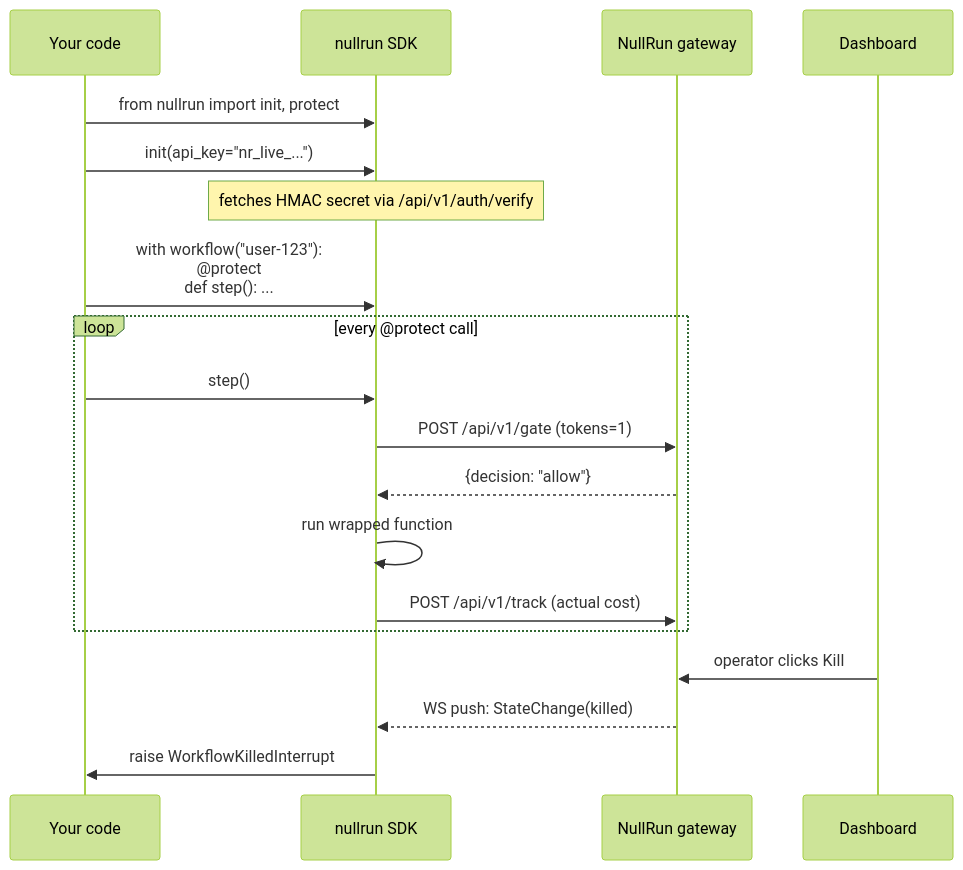
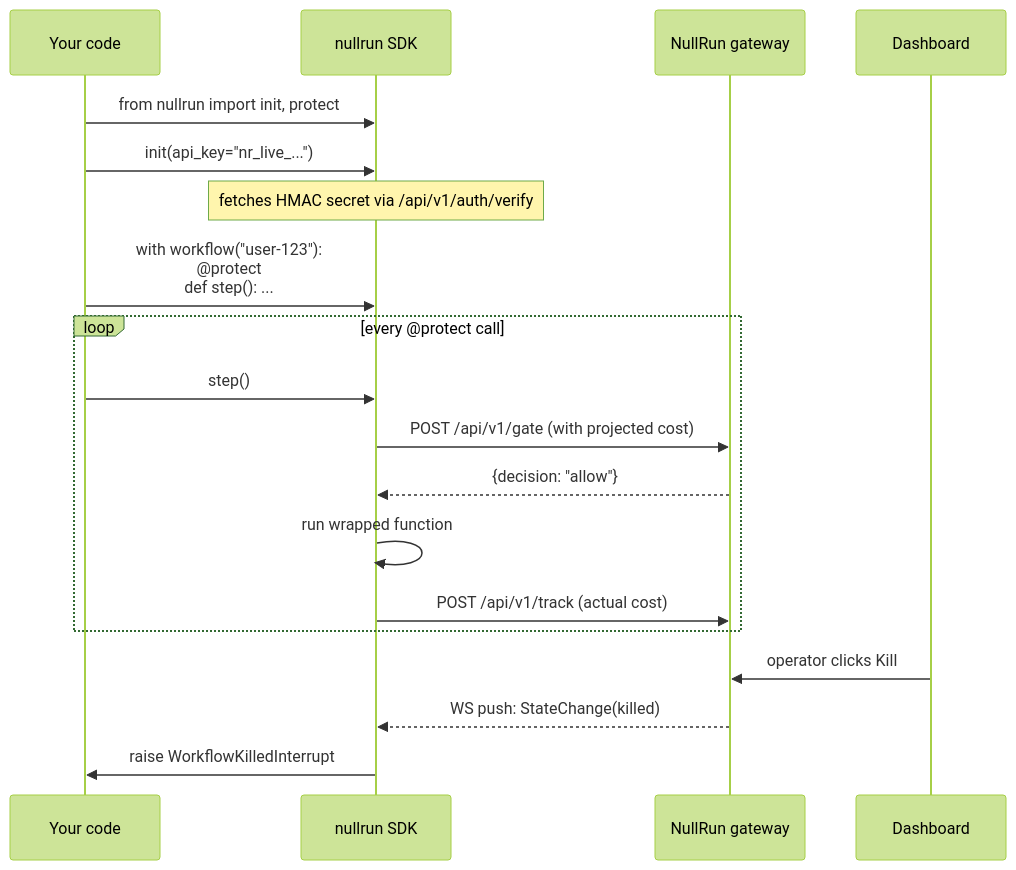
Before and after one commit to nullrunio/nullrun-docs: the second of 2 diagrams in docs/index.md, drawn with Mermaid (forest theme). The commit also changed other lines of this file and 18 other files, not shown here.

````diff
--- a/docs/index.md
+++ b/docs/index.md
@@ -156,25 +153,25 @@
 ```mermaid
 sequenceDiagram
   participant U as Your code
   participant SDK as nullrun SDK
   participant G as NullRun gateway
   participant DB as Dashboard
 
   U->>SDK: from nullrun import init, protect
   U->>SDK: init(api_key="nr_live_...")
   Note over SDK: fetches HMAC secret via /api/v1/auth/verify
 
   U->>SDK: with workflow("user-123"):<br/>  @protect<br/>  def step(): ...
 
   loop every @protect call
     U->>SDK: step()
-    SDK->>G: POST /api/v1/gate (tokens=1)
+    SDK->>G: POST /api/v1/gate (with projected cost)
     G-->>SDK: {decision: "allow"}
     SDK->>SDK: run wrapped function
     SDK->>G: POST /api/v1/track (actual cost)
   end
 
   DB->>G: operator clicks Kill
   G-->>SDK: WS push: StateChange(killed)
   SDK->>U: raise WorkflowKilledInterrupt
 ```
````
